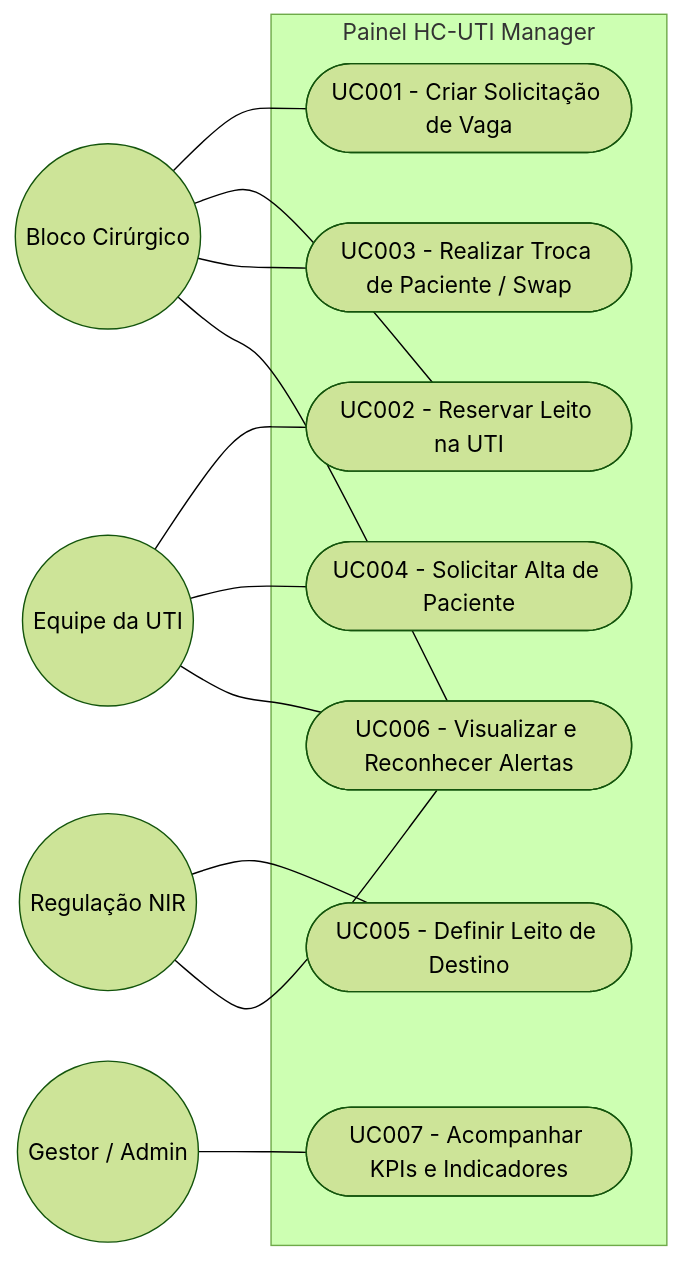
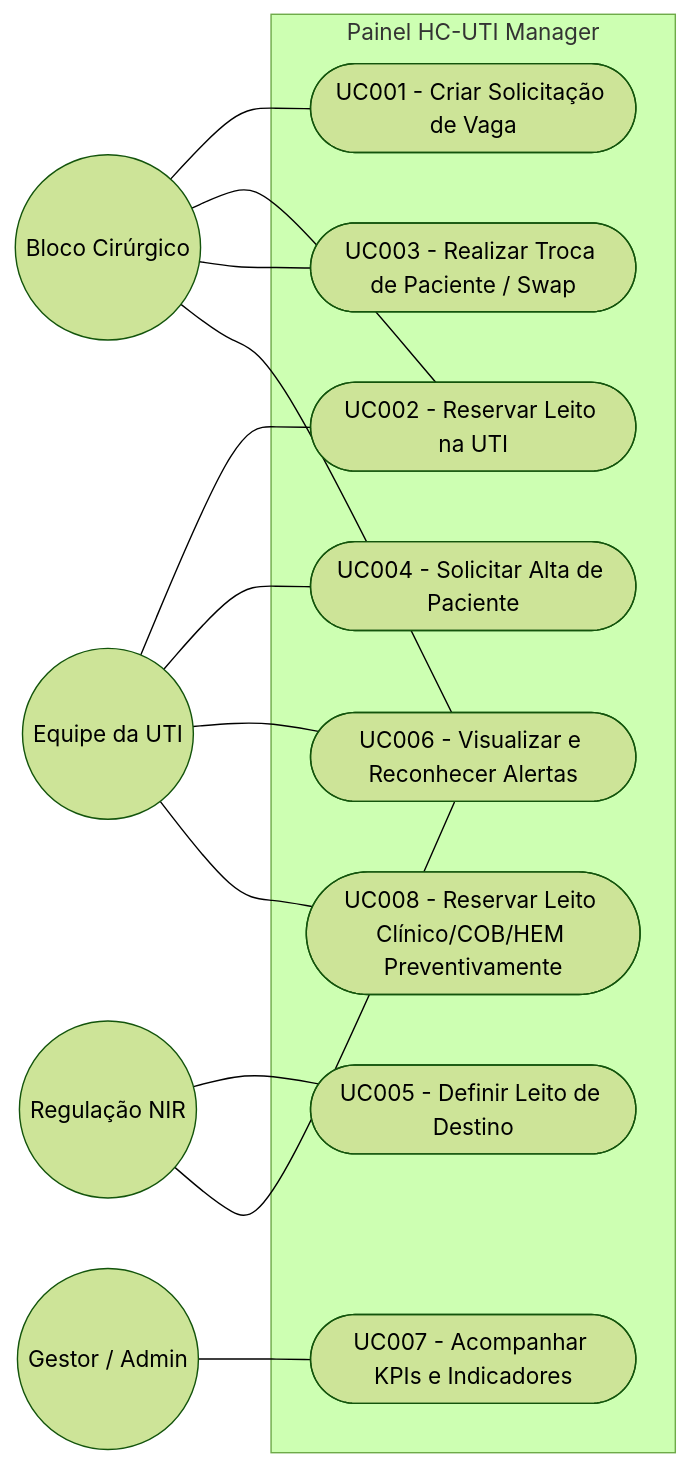
One commit to HCUFPE/hc-uti-manager changed the diagram in docs/projeto_inicial/03-casos-uso.md. Above: the diagram before and after it, drawn with Mermaid (forest theme). The commit also changed other lines of this file and 4 other files, not shown here.

````diff
--- a/docs/projeto_inicial/03-casos-uso.md
+++ b/docs/projeto_inicial/03-casos-uso.md
@@ -9,33 +9,35 @@
 ```mermaid
 flowchart LR
     %% Atores
     BC((Bloco Cirúrgico))
     UTI((Equipe da UTI))
     NIR((Regulação NIR))
     ADM((Gestor / Admin))
     
     subgraph "Painel HC-UTI Manager"
         UC1([UC001 - Criar Solicitação de Vaga])
         UC2([UC002 - Reservar Leito na UTI])
         UC3([UC003 - Realizar Troca de Paciente / Swap])
         UC4([UC004 - Solicitar Alta de Paciente])
         UC5([UC005 - Definir Leito de Destino])
         UC6([UC006 - Visualizar e Reconhecer Alertas])
         UC7([UC007 - Acompanhar KPIs e Indicadores])
+        UC8([UC008 - Reservar Leito Clínico/COB/HEM Preventivamente])
     end
     
     %% Relacionamentos
     BC --- UC1
     BC --- UC2
     BC --- UC3
     BC --- UC6
     
     UTI --- UC2
     UTI --- UC4
     UTI --- UC6
+    UTI --- UC8
     
     NIR --- UC5
     NIR --- UC6
     
     ADM --- UC7
 ```
````
